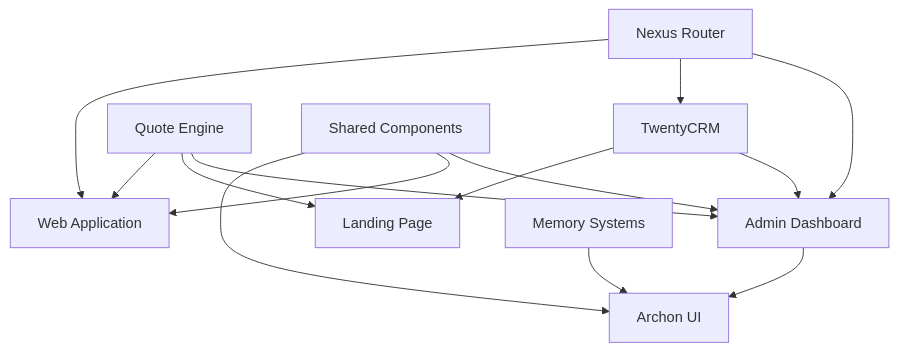
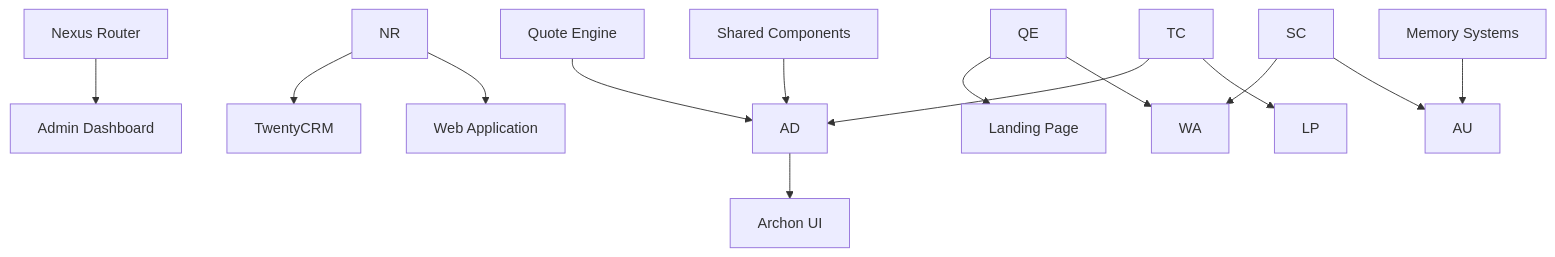
The diagram in apps/PROJECT_PRIORITY_MATRIX.md (ellisapotheosis/Project-Nyra), drawn with Mermaid before and after one commit. The commit also changed other lines of this file and 199 other files, not shown here.

````diff
--- a/apps/PROJECT_PRIORITY_MATRIX.md
+++ b/apps/PROJECT_PRIORITY_MATRIX.md
@@ -134,20 +130,20 @@
 ```mermaid
 graph TD
-    NR[Nexus Router] --> AD[Admin Dashboard]
-    NR --> TC[TwentyCRM]
-    NR --> WA[Web Application]
+    NR\[Nexus Router] --> AD\[Admin Dashboard]
+    NR --> TC\[TwentyCRM]
+    NR --> WA\[Web Application]
 
-    QE[Quote Engine] --> AD
-    QE --> LP[Landing Page]
+    QE\[Quote Engine] --> AD
+    QE --> LP\[Landing Page]
     QE --> WA
 
     TC --> AD
     TC --> LP
 
-    AD --> AU[Archon UI]
-    MS[Memory Systems] --> AU
+    AD --> AU\[Archon UI]
+    MS\[Memory Systems] --> AU
 
-    SC[Shared Components] --> AD
+    SC\[Shared Components] --> AD
     SC --> WA
     SC --> AU
 ```
````
